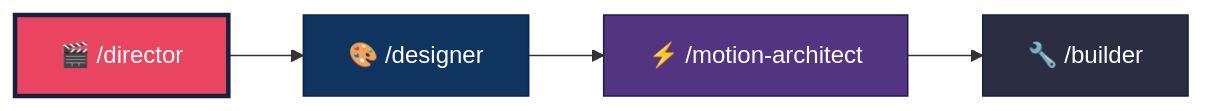
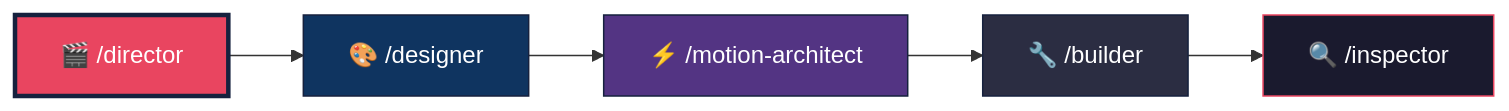
One commit to sufianmypa1203-oss/the-director changed the second of 2 diagrams in README.md. Above: the diagram before and after it, drawn with Mermaid. The commit also changed other lines of this file and 9 other files, not shown here.

````diff
--- a/README.md
+++ b/README.md
@@ -291,11 +299,13 @@
 ```mermaid
 flowchart LR
     A["🎬 /director"] --> B["🎨 /designer"]
     B --> C["⚡ /motion-architect"]
     C --> D["🔧 /builder"]
+    D --> E["🔍 /inspector"]
 
     style A fill:#e94560,stroke:#16213e,color:white,stroke-width:3px
     style B fill:#0f3460,stroke:#16213e,color:white
     style C fill:#533483,stroke:#16213e,color:white
     style D fill:#2b2d42,stroke:#16213e,color:white
+    style E fill:#1a1a2e,stroke:#e94560,color:white
 ```
````
